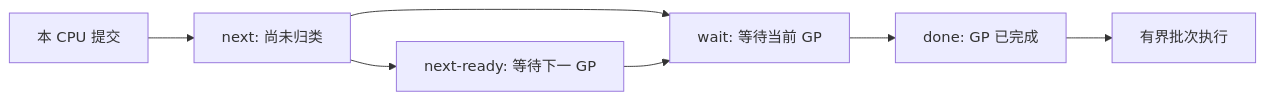
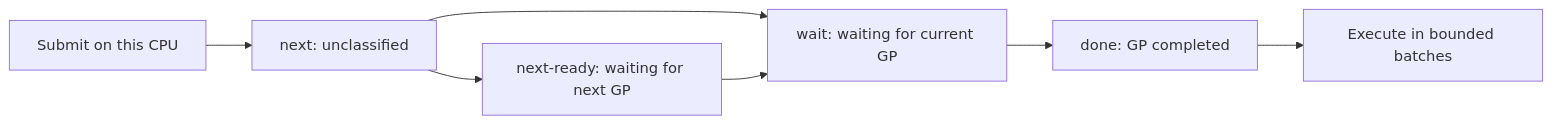
The sixth of 6 diagrams in docs/kernel/rcu/architecture.md (DragonOS-Community/DragonOS), drawn with Mermaid before and after one commit. The commit also changed other lines of this file and 2058 other files, not shown here.

````diff
--- a/docs/kernel/rcu/architecture.md
+++ b/docs/kernel/rcu/architecture.md
@@ -171,9 +171,9 @@
 ```mermaid
 flowchart LR
-    Admit[本 CPU 提交] --> Next[next: 尚未归类]
-    Next --> Wait[wait: 等待当前 GP]
-    Next --> NextReady[next-ready: 等待下一 GP]
+    Admit[Submit on this CPU] --> Next[next: unclassified]
+    Next --> Wait[wait: waiting for current GP]
+    Next --> NextReady[next-ready: waiting for next GP]
     NextReady --> Wait
-    Wait --> Done[done: GP 已完成]
-    Done --> Execute[有界批次执行]
+    Wait --> Done[done: GP completed]
+    Done --> Execute[Execute in bounded batches]
 ```
````
